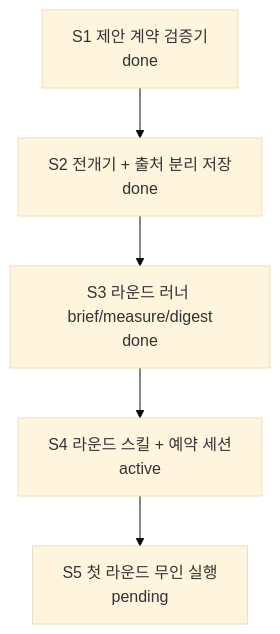
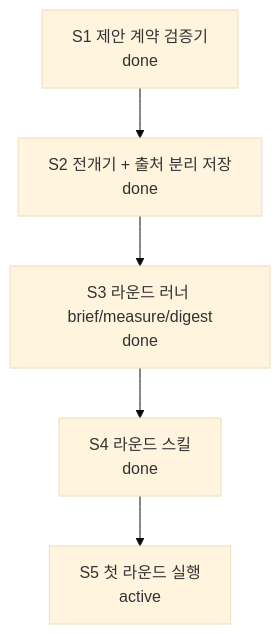
The diagram in docs/CURRENT-PLAN.md (skerfolg/poe2-ai-wiki), drawn with Mermaid (base theme) before and after one commit. The commit also changed other lines of this file and 3 other files, not shown here.

````diff
--- a/docs/CURRENT-PLAN.md
+++ b/docs/CURRENT-PLAN.md
@@ -23,9 +23,9 @@
 ```mermaid
 flowchart TD
   CONTRACT[S1 제안 계약 검증기<br/>done]
   FLOW[S2 전개기 + 출처 분리 저장<br/>done]
   ROUND[S3 라운드 러너 brief/measure/digest<br/>done]
-  SKILL[S4 라운드 스킬 + 예약 세션<br/>active]
-  FIRST[S5 첫 라운드 무인 실행<br/>pending]
+  SKILL[S4 라운드 스킬<br/>done]
+  FIRST[S5 첫 라운드 실행<br/>active]
   CONTRACT --> FLOW --> ROUND --> SKILL --> FIRST
 ```
````
